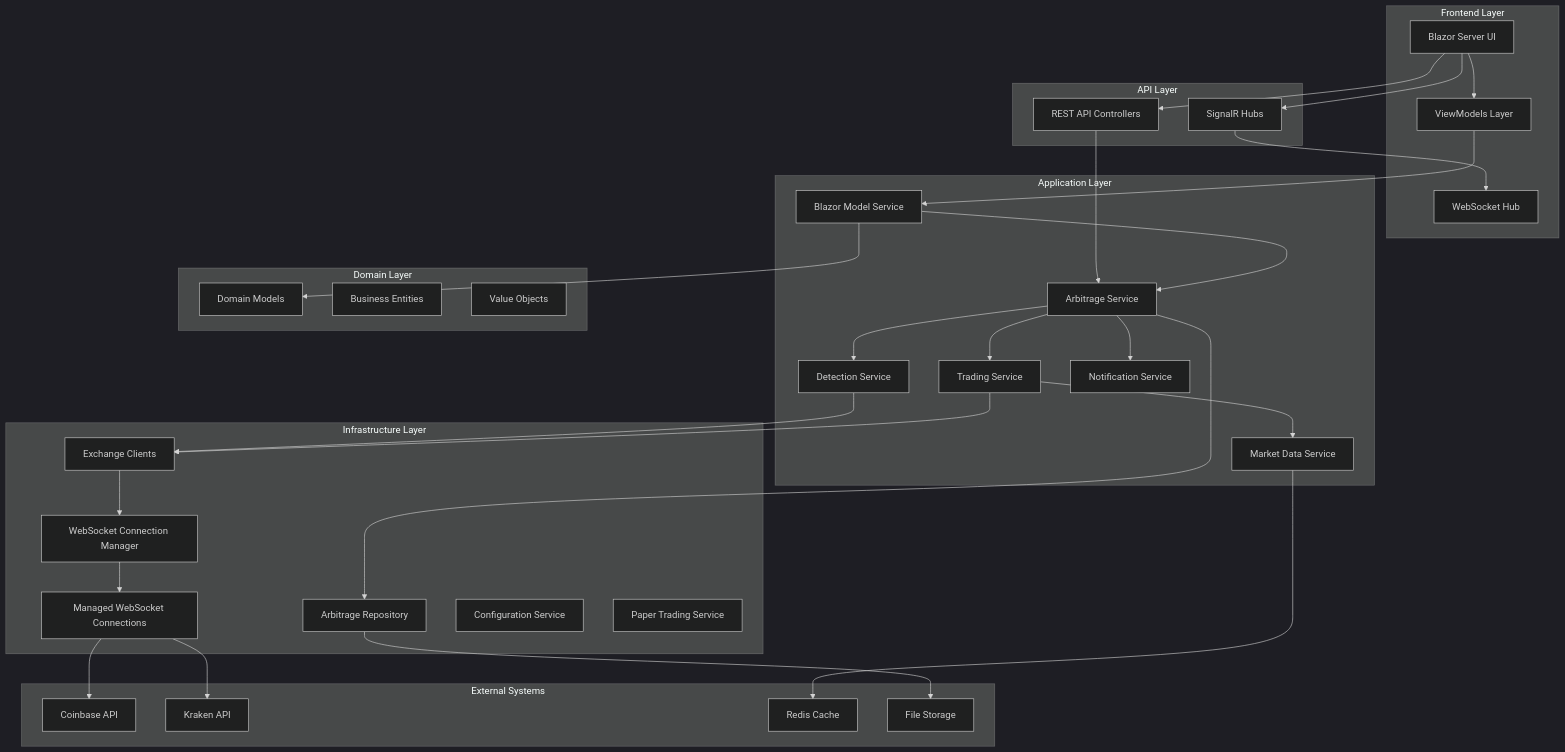
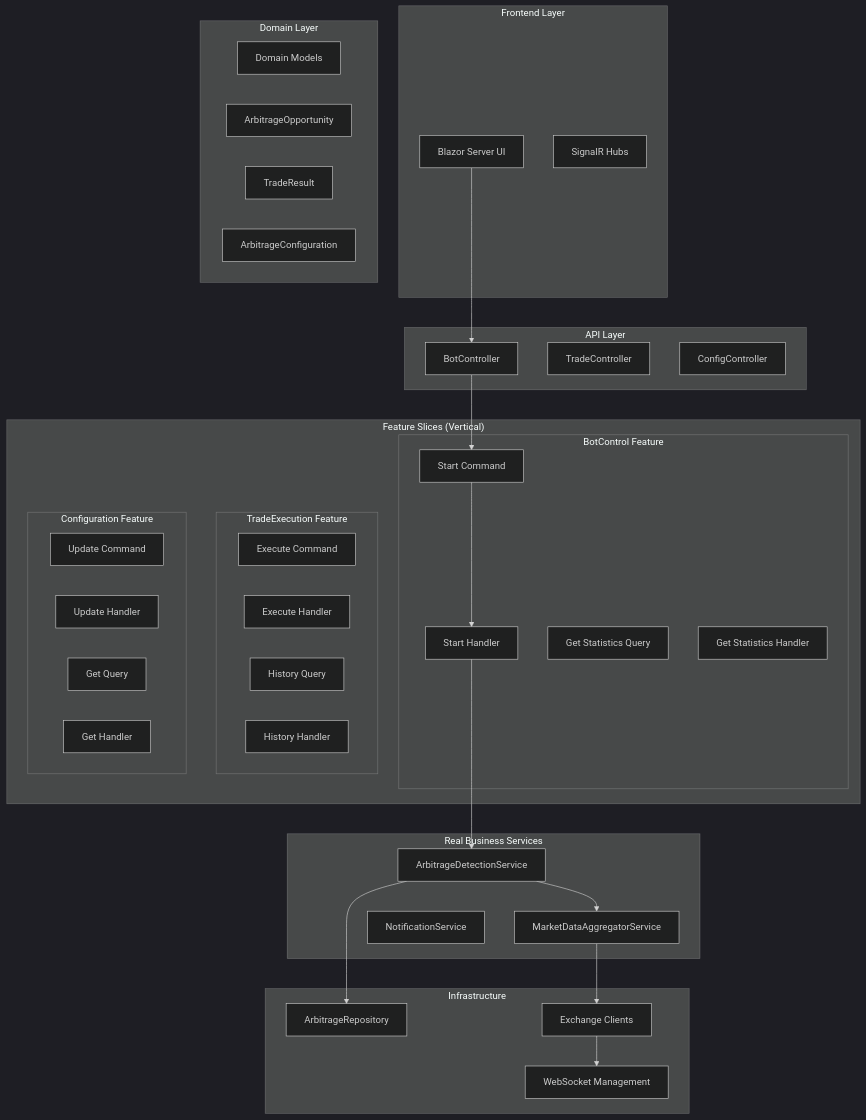
The first of 2 diagrams in DESIGN_DOCUMENT.md (ygor/crypto-arbitrage), drawn with Mermaid (dark theme) before and after one commit. The commit also changed other lines of this file, not shown here.

````diff
--- a/DESIGN_DOCUMENT.md
+++ b/DESIGN_DOCUMENT.md
@@ -77,66 +138,64 @@
 ```mermaid
 graph TB
     subgraph "Frontend Layer"
         BZ[Blazor Server UI]
-        VM[ViewModels Layer]
-        WS[WebSocket Hub]
+        SH[SignalR Hubs]
     end
     
     subgraph "API Layer"
-        API[REST API Controllers]
-        SH[SignalR Hubs]
+        BC[BotController]
+        TC[TradeController] 
+        CC[ConfigController]
     end
     
-    subgraph "Application Layer"
-        AS[Arbitrage Service]
-        ADS[Detection Service]
-        TS[Trading Service]
-        MS[Market Data Service]
-        NS[Notification Service]
-        BMS[Blazor Model Service]
+    subgraph "Feature Slices (Vertical)"
+        subgraph "BotControl Feature"
+            BSC[Start Command]
+            BSH[Start Handler]
+            BGQ[Get Statistics Query]
+            BGH[Get Statistics Handler]
+        end
+        
+        subgraph "TradeExecution Feature"
+            TEC[Execute Command]
+            TEH[Execute Handler]
+            THQ[History Query]
+            THH[History Handler]
+        end
+        
+        subgraph "Configuration Feature"
+            CUC[Update Command]
+            CUH[Update Handler]
+            CGQ[Get Query]
+            CGH[Get Handler]
+        end
+    end
+    
+    subgraph "Real Business Services"
+        ADS[ArbitrageDetectionService]
+        MDA[MarketDataAggregatorService]
+        NS[NotificationService]
     end
     
     subgraph "Domain Layer"
         DM[Domain Models]
-        BE[Business Entities]
-        VR[Value Objects]
+        AO[ArbitrageOpportunity]
+        TR[TradeResult]
+        AC[ArbitrageConfiguration]
     end
     
-    subgraph "Infrastructure Layer"
-        WSCM[WebSocket Connection Manager]
-        MWC[Managed WebSocket Connections]
+    subgraph "Infrastructure"
+        AR[ArbitrageRepository]
         EX[Exchange Clients]
-        AR[Arbitrage Repository]
-        CS[Configuration Service]
-        PTS[Paper Trading Service]
+        WS[WebSocket Management]
     end
     
-    subgraph "External Systems"
-        CB[Coinbase API]
-        KR[Kraken API]
-        RD[Redis Cache]
-        FS[File Storage]
-    end
-
-    BZ --> VM
-    VM --> BMS
-    BZ --> API
-    BZ --> SH
-    API --> AS
-    SH --> WS
-    AS --> ADS
-    AS --> TS
-    TS --> MS
-    AS --> NS
-    ADS --> EX
-    TS --> EX
-    EX --> WSCM
-    WSCM --> MWC
-    MWC --> CB
-    MWC --> KR
-    AS --> AR
-    AR --> FS
-    MS --> RD
-    BMS --> AS
-    BMS --> DM
+    BZ --> BC
+    BC --> BSC
+    BSC --> BSH
+    BSH --> ADS
+    ADS --> MDA
+    ADS --> AR
+    MDA --> EX
+    EX --> WS
 ```
````
